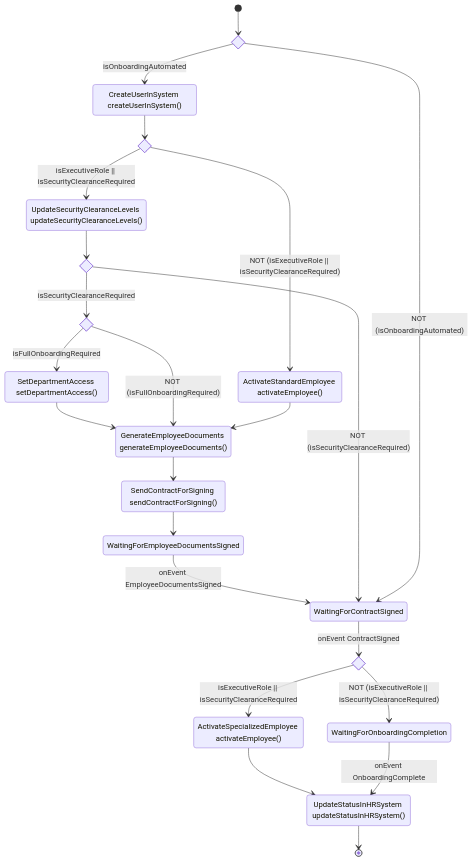
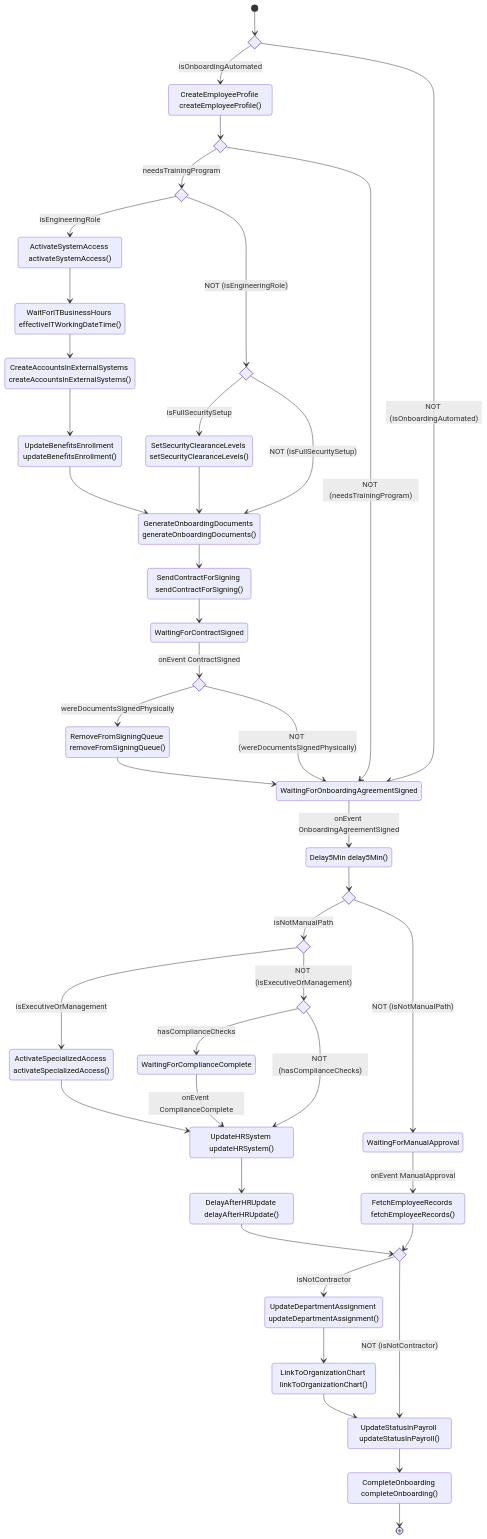
Before and after one commit to marcingurbisz/flowlite: the second of 3 diagrams in README.md, drawn with Mermaid. The commit also changed other lines of this file and 16 other files, not shown here.

````diff
--- a/README.md
+++ b/README.md
@@ -227,39 +224,73 @@
 ```mermaid
 stateDiagram-v2
     state if_isonboardingautomated <<choice>>
-    state if_isexecutiverole_issecurityclearancerequired <<choice>>
-    state if_issecurityclearancerequired <<choice>>
-    state if_isfullonboardingrequired <<choice>>
-    state if_isexecutiverole_issecurityclearancerequired_2 <<choice>>
+    state if_isnotcontractor <<choice>>
+    state if_isnotcontractor <<choice>>
+    state if_isnotmanualpath <<choice>>
+    state if_isexecutiveormanagement <<choice>>
+    state if_hascompliancechecks <<choice>>
+    state if_weredocumentssignedphysically <<choice>>
+    state if_needstrainingprogram <<choice>>
+    state if_isengineeringrole <<choice>>
+    state if_isfullsecuritysetup <<choice>>
     [*] --> if_isonboardingautomated
-    if_isonboardingautomated --> CreateUserInSystem: isOnboardingAutomated
-    CreateUserInSystem: CreateUserInSystem createUserInSystem()
-    CreateUserInSystem --> if_isexecutiverole_issecurityclearancerequired
-    if_isexecutiverole_issecurityclearancerequired --> UpdateSecurityClearanceLevels: isExecutiveRole || isSecurityClearanceRequired
-    UpdateSecurityClearanceLevels: UpdateSecurityClearanceLevels updateSecurityClearanceLevels()
-    UpdateSecurityClearanceLevels --> if_issecurityclearancerequired
-    if_issecurityclearancerequired --> if_isfullonboardingrequired: isSecurityClearanceRequired
-    if_isfullonboardingrequired --> SetDepartmentAccess: isFullOnboardingRequired
-    SetDepartmentAccess: SetDepartmentAccess setDepartmentAccess()
-    SetDepartmentAccess --> GenerateEmployeeDocuments
-    GenerateEmployeeDocuments: GenerateEmployeeDocuments generateEmployeeDocuments()
-    GenerateEmployeeDocuments --> SendContractForSigning
+    if_isonboardingautomated --> CreateEmployeeProfile: isOnboardingAutomated
+    CreateEmployeeProfile: CreateEmployeeProfile createEmployeeProfile()
+    CreateEmployeeProfile --> if_needstrainingprogram
+    if_needstrainingprogram --> if_isengineeringrole: needsTrainingProgram
+    if_isengineeringrole --> ActivateSystemAccess: isEngineeringRole
+    ActivateSystemAccess: ActivateSystemAccess activateSystemAccess()
+    ActivateSystemAccess --> WaitForITBusinessHours
+    WaitForITBusinessHours: WaitForITBusinessHours effectiveITWorkingDateTime()
+    WaitForITBusinessHours --> CreateAccountsInExternalSystems
+    CreateAccountsInExternalSystems: CreateAccountsInExternalSystems createAccountsInExternalSystems()
+    CreateAccountsInExternalSystems --> UpdateBenefitsEnrollment
+    UpdateBenefitsEnrollment: UpdateBenefitsEnrollment updateBenefitsEnrollment()
+    UpdateBenefitsEnrollment --> GenerateOnboardingDocuments
+    GenerateOnboardingDocuments: GenerateOnboardingDocuments generateOnboardingDocuments()
+    GenerateOnboardingDocuments --> SendContractForSigning
     SendContractForSigning: SendContractForSigning sendContractForSigning()
-    SendContractForSigning --> WaitingForEmployeeDocumentsSigned
-    WaitingForEmployeeDocumentsSigned --> WaitingForContractSigned: onEvent EmployeeDocumentsSigned
-    WaitingForContractSigned --> if_isexecutiverole_issecurityclearancerequired_2: onEvent ContractSigned
-    if_isexecutiverole_issecurityclearancerequired_2 --> ActivateSpecializedEmployee: isExecutiveRole || isSecurityClearanceRequired
-    ActivateSpecializedEmployee: ActivateSpecializedEmployee activateEmployee()
-    ActivateSpecializedEmployee --> UpdateStatusInHRSystem
-    UpdateStatusInHRSystem: UpdateStatusInHRSystem updateStatusInHRSystem()
-    if_isexecutiverole_issecurityclearancerequired_2 --> WaitingForOnboardingCompletion: NOT (isExecutiveRole || isSecurityClearanceRequired)
-    WaitingForOnboardingCompletion --> UpdateStatusInHRSystem: onEvent OnboardingComplete
-    if_isfullonboardingrequired --> GenerateEmployeeDocuments: NOT (isFullOnboardingRequired)
-    if_issecurityclearancerequired --> WaitingForContractSigned: NOT (isSecurityClearanceRequired)
-    if_isexecutiverole_issecurityclearancerequired --> ActivateStandardEmployee: NOT (isExecutiveRole || isSecurityClearanceRequired)
-    ActivateStandardEmployee: ActivateStandardEmployee activateEmployee()
-    ActivateStandardEmployee --> GenerateEmployeeDocuments
-    if_isonboardingautomated --> WaitingForContractSigned: NOT (isOnboardingAutomated)
-    UpdateStatusInHRSystem --> [*]
+    SendContractForSigning --> WaitingForContractSigned
+    WaitingForContractSigned --> if_weredocumentssignedphysically: onEvent ContractSigned
+    if_weredocumentssignedphysically --> RemoveFromSigningQueue: wereDocumentsSignedPhysically
+    RemoveFromSigningQueue: RemoveFromSigningQueue removeFromSigningQueue()
+    RemoveFromSigningQueue --> WaitingForOnboardingAgreementSigned
+    WaitingForOnboardingAgreementSigned --> Delay5Min: onEvent OnboardingAgreementSigned
+    Delay5Min: Delay5Min delay5Min()
+    Delay5Min --> if_isnotmanualpath
+    if_isnotmanualpath --> if_isexecutiveormanagement: isNotManualPath
+    if_isexecutiveormanagement --> ActivateSpecializedAccess: isExecutiveOrManagement
+    ActivateSpecializedAccess: ActivateSpecializedAccess activateSpecializedAccess()
+    ActivateSpecializedAccess --> UpdateHRSystem
+    UpdateHRSystem: UpdateHRSystem updateHRSystem()
+    UpdateHRSystem --> DelayAfterHRUpdate
+    DelayAfterHRUpdate: DelayAfterHRUpdate delayAfterHRUpdate()
+    DelayAfterHRUpdate --> if_isnotcontractor
+    if_isnotcontractor --> UpdateDepartmentAssignment: isNotContractor
+    UpdateDepartmentAssignment: UpdateDepartmentAssignment updateDepartmentAssignment()
+    UpdateDepartmentAssignment --> LinkToOrganizationChart
+    LinkToOrganizationChart: LinkToOrganizationChart linkToOrganizationChart()
+    LinkToOrganizationChart --> UpdateStatusInPayroll
+    UpdateStatusInPayroll: UpdateStatusInPayroll updateStatusInPayroll()
+    UpdateStatusInPayroll --> CompleteOnboarding
+    CompleteOnboarding: CompleteOnboarding completeOnboarding()
+    if_isnotcontractor --> UpdateStatusInPayroll: NOT (isNotContractor)
+    if_isexecutiveormanagement --> if_hascompliancechecks: NOT (isExecutiveOrManagement)
+    if_hascompliancechecks --> WaitingForComplianceComplete: hasComplianceChecks
+    WaitingForComplianceComplete --> UpdateHRSystem: onEvent ComplianceComplete
+    if_hascompliancechecks --> UpdateHRSystem: NOT (hasComplianceChecks)
+    if_isnotmanualpath --> WaitingForManualApproval: NOT (isNotManualPath)
+    WaitingForManualApproval --> FetchEmployeeRecords: onEvent ManualApproval
+    FetchEmployeeRecords: FetchEmployeeRecords fetchEmployeeRecords()
+    FetchEmployeeRecords --> if_isnotcontractor
+    if_weredocumentssignedphysically --> WaitingForOnboardingAgreementSigned: NOT (wereDocumentsSignedPhysically)
+    if_isengineeringrole --> if_isfullsecuritysetup: NOT (isEngineeringRole)
+    if_isfullsecuritysetup --> SetSecurityClearanceLevels: isFullSecuritySetup
+    SetSecurityClearanceLevels: SetSecurityClearanceLevels setSecurityClearanceLevels()
+    SetSecurityClearanceLevels --> GenerateOnboardingDocuments
+    if_isfullsecuritysetup --> GenerateOnboardingDocuments: NOT (isFullSecuritySetup)
+    if_needstrainingprogram --> WaitingForOnboardingAgreementSigned: NOT (needsTrainingProgram)
+    if_isonboardingautomated --> WaitingForOnboardingAgreementSigned: NOT (isOnboardingAutomated)
+    CompleteOnboarding --> [*]
 
 ```
````
